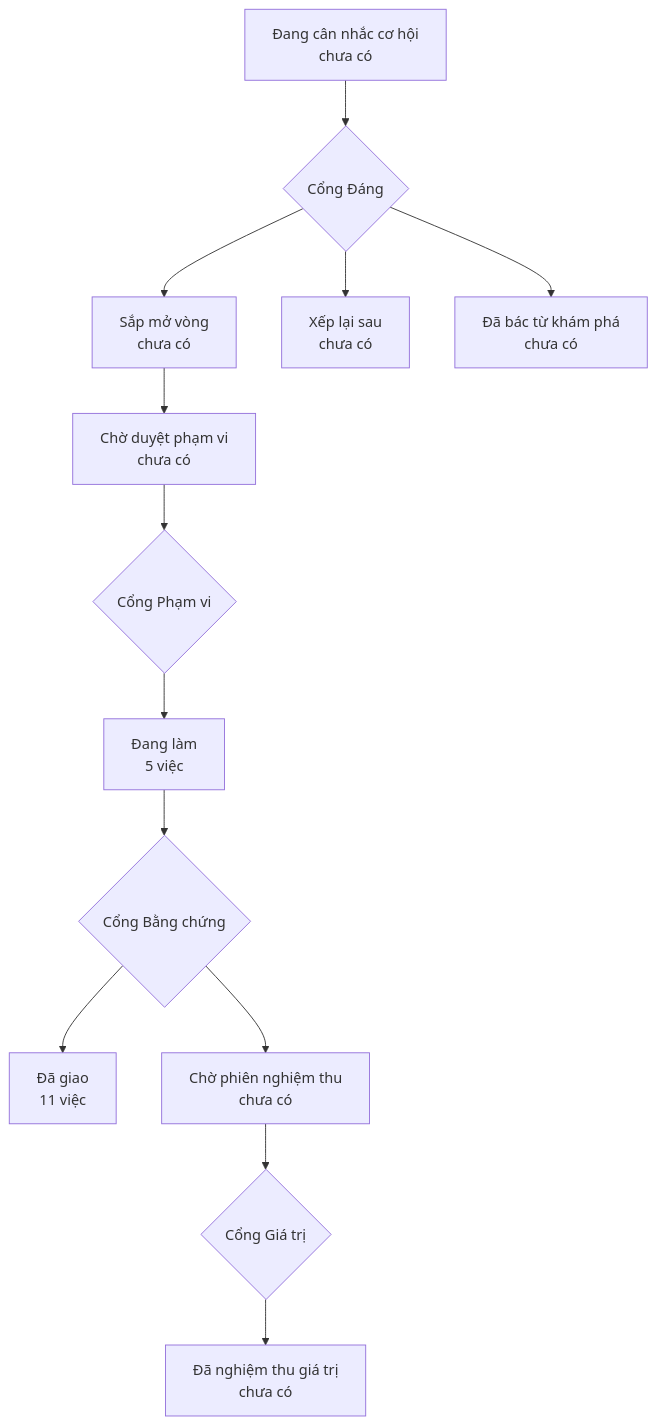
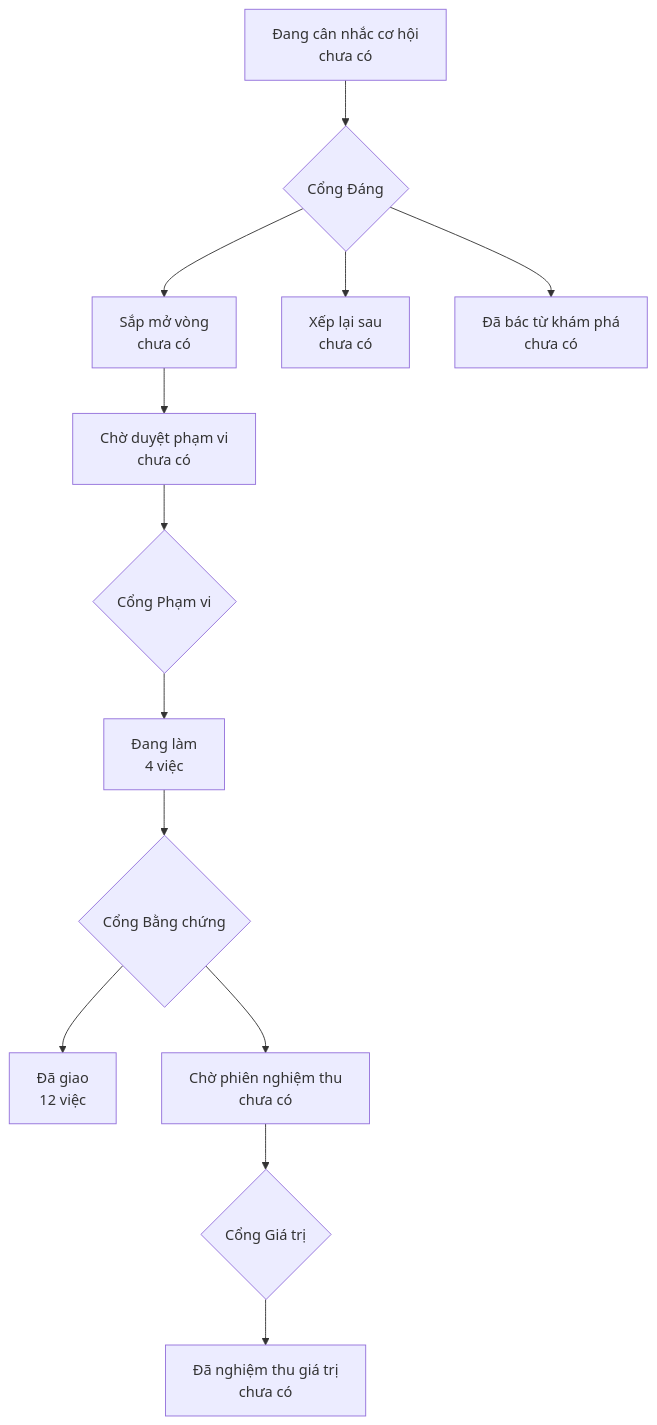
One commit to phanlemanh/crm-onehub changed the diagram in PRODUCT-MAP.md. Above: the diagram before and after it, drawn with Mermaid. The commit also changed 2 other files, not shown here.

Commit message:
Gate 2 signoff: chan-lai-component-ra-man — Manh Phan

````diff
--- a/PRODUCT-MAP.md
+++ b/PRODUCT-MAP.md
@@ -6,12 +6,12 @@
 ```mermaid
 flowchart TD
   A["Đang cân nhắc cơ hội<br/>chưa có"] --> GD{"Cổng Đáng"}
   GD --> B["Sắp mở vòng<br/>chưa có"]
   GD --> XL["Xếp lại sau<br/>chưa có"]
   GD --> DB["Đã bác từ khám phá<br/>chưa có"]
   B --> CD["Chờ duyệt phạm vi<br/>chưa có"] --> GP{"Cổng Phạm vi"}
-  GP --> DL["Đang làm<br/>5 việc"] --> GB{"Cổng Bằng chứng"}
-  GB --> DG["Đã giao<br/>11 việc"]
+  GP --> DL["Đang làm<br/>4 việc"] --> GB{"Cổng Bằng chứng"}
+  GB --> DG["Đã giao<br/>12 việc"]
   GB --> CN["Chờ phiên nghiệm thu<br/>chưa có"] --> GG{"Cổng Giá trị"}
   GG --> NT["Đã nghiệm thu giá trị<br/>chưa có"]
 ```
````
